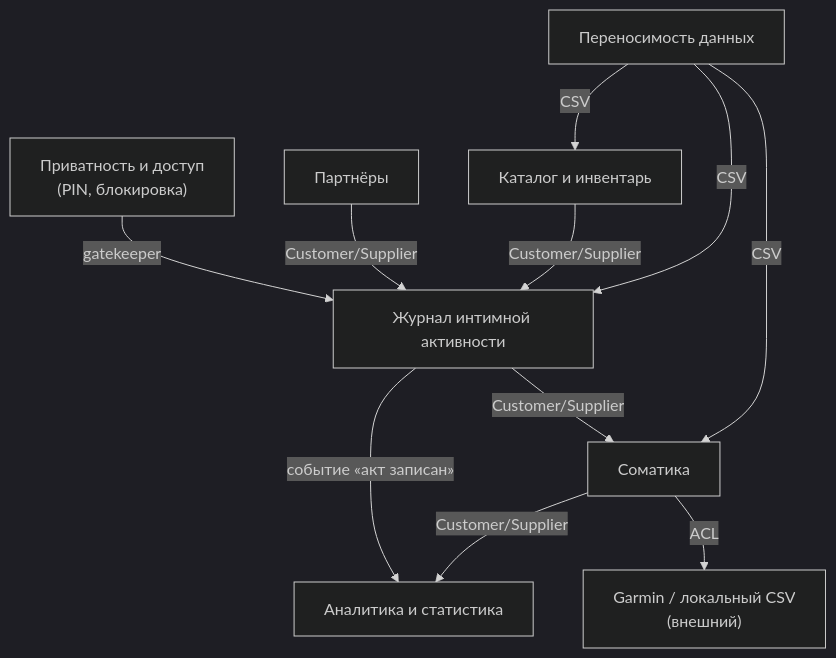
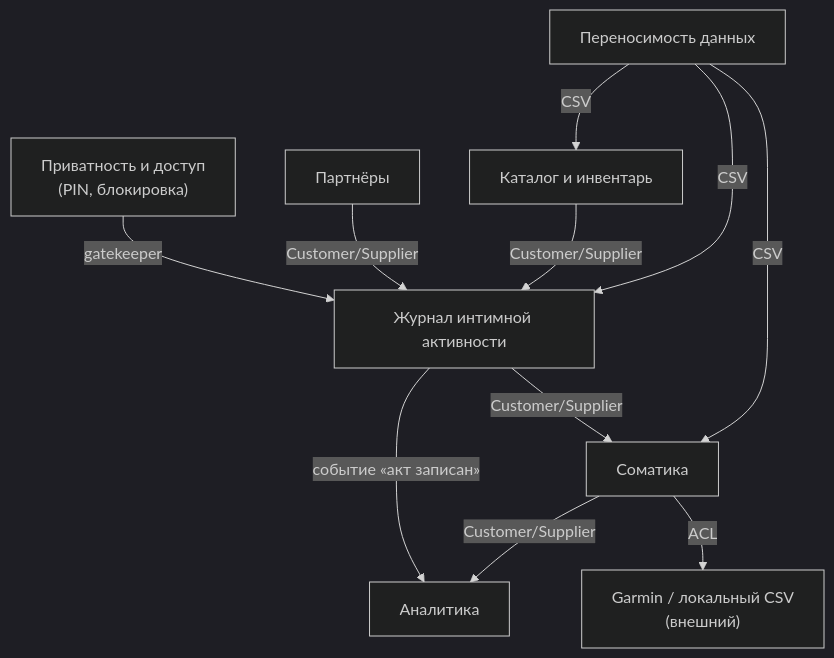
The diagram in 3-ddd-canvases/00-context-map.md (Ekstrem/XDiary), drawn with Mermaid (dark theme) before and after one commit. The commit also changed other lines of this file and 6 other files, not shown here.

````diff
--- a/3-ddd-canvases/00-context-map.md
+++ b/3-ddd-canvases/00-context-map.md
@@ -17,13 +17,13 @@
 ```mermaid
 flowchart TD
     PR["Приватность и доступ<br/>(PIN, блокировка)"] -->|gatekeeper| J["Журнал интимной активности"]
     P["Партнёры"] -->|Customer/Supplier| J
     C["Каталог и инвентарь"] -->|Customer/Supplier| J
     J -->|Customer/Supplier| S["Соматика"]
-    J -->|событие «акт записан»| A["Аналитика и статистика"]
+    J -->|событие «акт записан»| A["Аналитика"]
     S -->|Customer/Supplier| A
     S -->|ACL| G["Garmin / локальный CSV<br/>(внешний)"]
     DP["Переносимость данных"] -->|CSV| J
     DP -->|CSV| S
     DP -->|CSV| C
 ```
````
